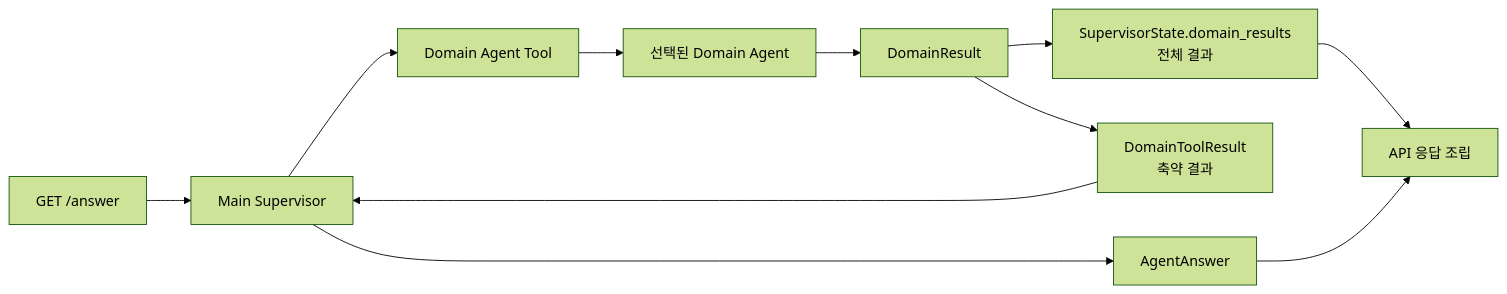
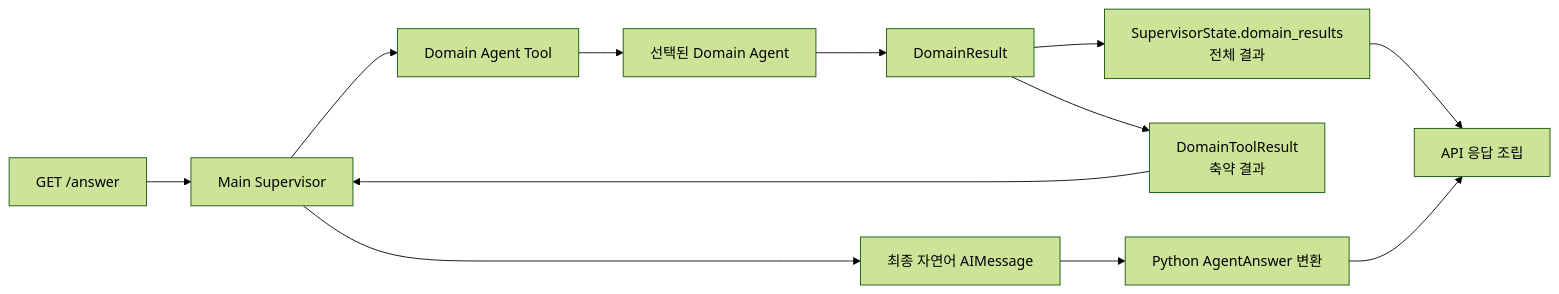
Before and after one commit to nayeon653/-ace3: the diagram in docs/decisions/20260813-main-supervisor-domain-agent-tools.md, drawn with Mermaid (forest theme). The commit also changed other lines of this file and 2 other files, not shown here.

Commit message:
feat(agent): HCX 호환 Main Supervisor 추가

````diff
--- a/docs/decisions/20260813-main-supervisor-domain-agent-tools.md
+++ b/docs/decisions/20260813-main-supervisor-domain-agent-tools.md
@@ -42,13 +42,14 @@
 ```mermaid
 flowchart LR
     Q["GET /answer"] --> M["Main Supervisor"]
     M --> T["Domain Agent Tool"]
     T --> D["선택된 Domain Agent"]
     D --> R["DomainResult"]
     R --> S["SupervisorState.domain_results<br/>전체 결과"]
     R --> C["DomainToolResult<br/>축약 결과"]
     C --> M
-    M --> A["AgentAnswer"]
+    M --> N["최종 자연어 AIMessage"]
+    N --> A["Python AgentAnswer 변환"]
     S --> F["API 응답 조립"]
     A --> F
 ```
````
